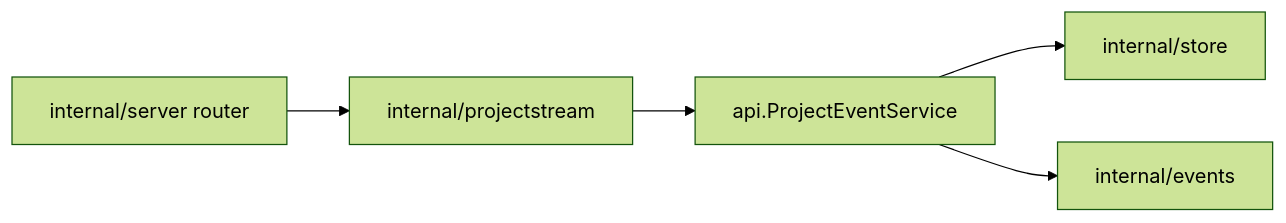
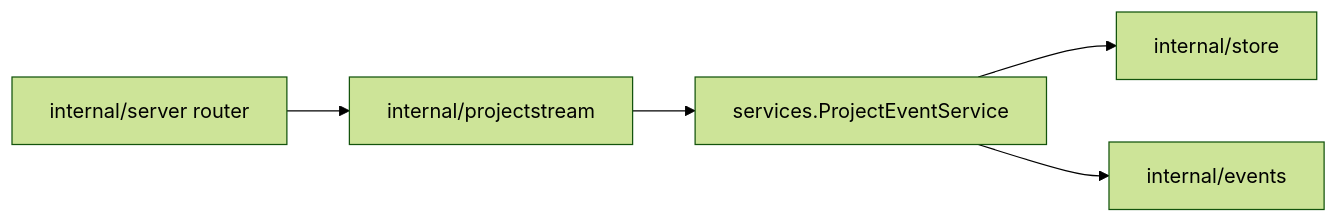
The diagram in server/internal/projectstream/DESIGN.md (discobox-ai/discobox), drawn with Mermaid (forest theme) before and after one commit. The commit also changed other lines of this file and 87 other files, not shown here.

Commit message:
refactor(server): organize API services by resource

````diff
--- a/server/internal/projectstream/DESIGN.md
+++ b/server/internal/projectstream/DESIGN.md
@@ -9,7 +9,7 @@
 ```mermaid
 flowchart LR
     router[internal/server router] --> projectstream[internal/projectstream]
-    projectstream --> eventsvc[api.ProjectEventService]
+    projectstream --> eventsvc[services.ProjectEventService]
     eventsvc --> store[internal/store]
     eventsvc --> broker[internal/events]
 ```
````
